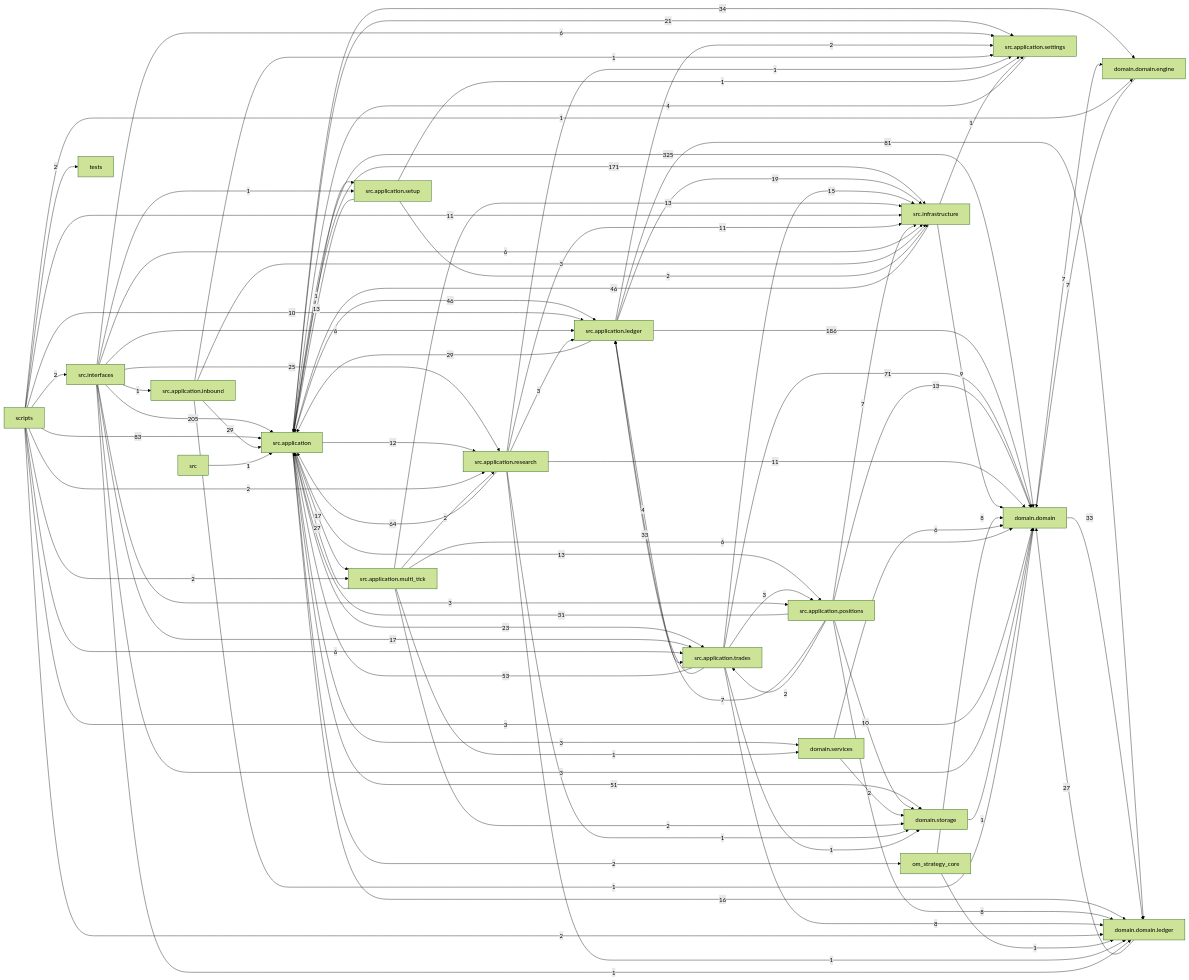
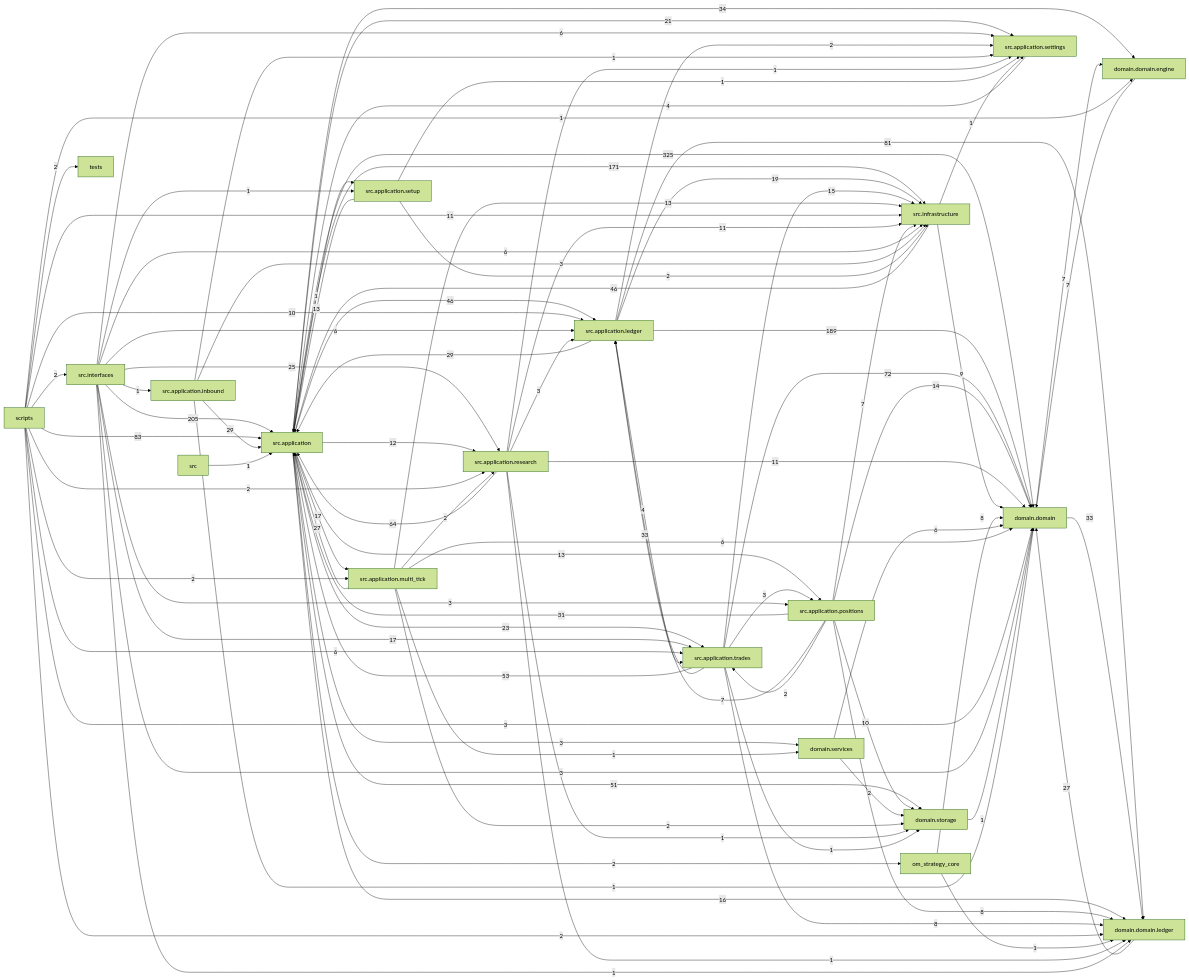
Before and after one commit to liuxie066/options-monitor: the diagram in docs/dependency_graph.mmd, drawn with Mermaid (forest theme). The commit also changed 20 other files, not shown here.

```diff
--- a/docs/dependency_graph.mmd
+++ b/docs/dependency_graph.mmd
@@ -1,91 +1,91 @@
 flowchart LR
   src_application["src.application"] -->|325| domain_domain["domain.domain"]
   src_interfaces["src.interfaces"] -->|205| src_application["src.application"]
-  src_application_ledger["src.application.ledger"] -->|186| domain_domain["domain.domain"]
+  src_application_ledger["src.application.ledger"] -->|189| domain_domain["domain.domain"]
   src_application["src.application"] -->|171| src_infrastructure["src.infrastructure"]
   scripts["scripts"] -->|83| src_application["src.application"]
   src_application_ledger["src.application.ledger"] -->|81| domain_domain_ledger["domain.domain.ledger"]
-  src_application_trades["src.application.trades"] -->|71| domain_domain["domain.domain"]
+  src_application_trades["src.application.trades"] -->|72| domain_domain["domain.domain"]
   src_application_research["src.application.research"] -->|64| src_application["src.application"]
   src_application_trades["src.application.trades"] -->|53| src_application["src.application"]
   src_application["src.application"] -->|51| domain_storage["domain.storage"]
   src_application["src.application"] -->|46| src_application_ledger["src.application.ledger"]
   src_infrastructure["src.infrastructure"] -->|46| src_application["src.application"]
   src_application["src.application"] -->|34| domain_domain_engine["domain.domain.engine"]
   domain_domain["domain.domain"] -->|33| domain_domain_ledger["domain.domain.ledger"]
   src_application_trades["src.application.trades"] -->|33| src_application_ledger["src.application.ledger"]
   src_application_positions["src.application.positions"] -->|31| src_application["src.application"]
   src_application_inbound["src.application.inbound"] -->|29| src_application["src.application"]
   src_application_ledger["src.application.ledger"] -->|29| src_application["src.application"]
   domain_domain_ledger["domain.domain.ledger"] -->|27| domain_domain["domain.domain"]
   src_application_multi_tick["src.application.multi_tick"] -->|27| src_application["src.application"]
   src_interfaces["src.interfaces"] -->|25| src_application_research["src.application.research"]
   src_application["src.application"] -->|23| src_application_trades["src.application.trades"]
   src_application["src.application"] -->|21| src_application_settings["src.application.settings"]
   src_application_ledger["src.application.ledger"] -->|19| src_infrastructure["src.infrastructure"]
   src_application["src.application"] -->|17| src_application_multi_tick["src.application.multi_tick"]
   src_interfaces["src.interfaces"] -->|17| src_application_trades["src.application.trades"]
   src_application["src.application"] -->|16| domain_domain_ledger["domain.domain.ledger"]
   src_application_trades["src.application.trades"] -->|15| src_infrastructure["src.infrastructure"]
+  src_application_positions["src.application.positions"] -->|14| domain_domain["domain.domain"]
   src_application["src.application"] -->|13| src_application_positions["src.application.positions"]
   src_application_multi_tick["src.application.multi_tick"] -->|13| src_infrastructure["src.infrastructure"]
-  src_application_positions["src.application.positions"] -->|13| domain_domain["domain.domain"]
   src_application_setup["src.application.setup"] -->|13| src_application["src.application"]
   src_application["src.application"] -->|12| src_application_research["src.application.research"]
   scripts["scripts"] -->|11| src_infrastructure["src.infrastructure"]
   src_application_research["src.application.research"] -->|11| domain_domain["domain.domain"]
   src_application_research["src.application.research"] -->|11| src_infrastructure["src.infrastructure"]
   scripts["scripts"] -->|10| src_application_ledger["src.application.ledger"]
   src_application_positions["src.application.positions"] -->|10| domain_storage["domain.storage"]
   src_infrastructure["src.infrastructure"] -->|9| domain_domain["domain.domain"]
   om_strategy_core["om_strategy_core"] -->|8| domain_domain["domain.domain"]
   src_application_positions["src.application.positions"] -->|8| domain_domain_ledger["domain.domain.ledger"]
   src_application_trades["src.application.trades"] -->|8| domain_domain_ledger["domain.domain.ledger"]
   domain_domain["domain.domain"] -->|7| domain_domain_engine["domain.domain.engine"]
   domain_domain_engine["domain.domain.engine"] -->|7| domain_domain["domain.domain"]
   src_application_positions["src.application.positions"] -->|7| src_application_ledger["src.application.ledger"]
   src_application_positions["src.application.positions"] -->|7| src_infrastructure["src.infrastructure"]
   domain_services["domain.services"] -->|6| domain_domain["domain.domain"]
   scripts["scripts"] -->|6| src_application_trades["src.application.trades"]
   src_application_multi_tick["src.application.multi_tick"] -->|6| domain_domain["domain.domain"]
   src_interfaces["src.interfaces"] -->|6| src_application_ledger["src.application.ledger"]
   src_interfaces["src.interfaces"] -->|6| src_application_settings["src.application.settings"]
   src_interfaces["src.interfaces"] -->|6| src_infrastructure["src.infrastructure"]
   src_application_ledger["src.application.ledger"] -->|4| src_application_trades["src.application.trades"]
   src_application_settings["src.application.settings"] -->|4| src_application["src.application"]
   scripts["scripts"] -->|3| domain_domain["domain.domain"]
   src_application["src.application"] -->|3| domain_services["domain.services"]
   src_application_inbound["src.application.inbound"] -->|3| src_infrastructure["src.infrastructure"]
   src_application_research["src.application.research"] -->|3| src_application_ledger["src.application.ledger"]
   src_application_trades["src.application.trades"] -->|3| src_application_positions["src.application.positions"]
   src_interfaces["src.interfaces"] -->|3| domain_domain["domain.domain"]
   src_interfaces["src.interfaces"] -->|3| src_application_positions["src.application.positions"]
   domain_services["domain.services"] -->|2| domain_storage["domain.storage"]
   scripts["scripts"] -->|2| domain_domain_ledger["domain.domain.ledger"]
   scripts["scripts"] -->|2| src_application_multi_tick["src.application.multi_tick"]
   scripts["scripts"] -->|2| src_application_research["src.application.research"]
   scripts["scripts"] -->|2| src_interfaces["src.interfaces"]
   scripts["scripts"] -->|2| tests["tests"]
   src_application["src.application"] -->|2| om_strategy_core["om_strategy_core"]
   src_application_ledger["src.application.ledger"] -->|2| src_application_settings["src.application.settings"]
   src_application_multi_tick["src.application.multi_tick"] -->|2| domain_storage["domain.storage"]
   src_application_multi_tick["src.application.multi_tick"] -->|2| src_application_research["src.application.research"]
   src_application_positions["src.application.positions"] -->|2| src_application_trades["src.application.trades"]
   src_application_setup["src.application.setup"] -->|2| src_infrastructure["src.infrastructure"]
   domain_storage["domain.storage"] -->|1| domain_domain["domain.domain"]
   om_strategy_core["om_strategy_core"] -->|1| domain_domain_ledger["domain.domain.ledger"]
   scripts["scripts"] -->|1| domain_domain_engine["domain.domain.engine"]
   src["src"] -->|1| src_application["src.application"]
   src_application["src.application"] -->|1| src_application_setup["src.application.setup"]
   src_application_inbound["src.application.inbound"] -->|1| domain_domain["domain.domain"]
   src_application_inbound["src.application.inbound"] -->|1| src_application_settings["src.application.settings"]
   src_application_multi_tick["src.application.multi_tick"] -->|1| domain_services["domain.services"]
   src_application_research["src.application.research"] -->|1| domain_domain_ledger["domain.domain.ledger"]
   src_application_research["src.application.research"] -->|1| domain_storage["domain.storage"]
   src_application_research["src.application.research"] -->|1| src_application_settings["src.application.settings"]
   src_application_setup["src.application.setup"] -->|1| src_application_settings["src.application.settings"]
   src_application_trades["src.application.trades"] -->|1| domain_storage["domain.storage"]
   src_infrastructure["src.infrastructure"] -->|1| src_application_settings["src.application.settings"]
   src_interfaces["src.interfaces"] -->|1| domain_domain_ledger["domain.domain.ledger"]
   src_interfaces["src.interfaces"] -->|1| src_application_inbound["src.application.inbound"]
   src_interfaces["src.interfaces"] -->|1| src_application_setup["src.application.setup"]
```
